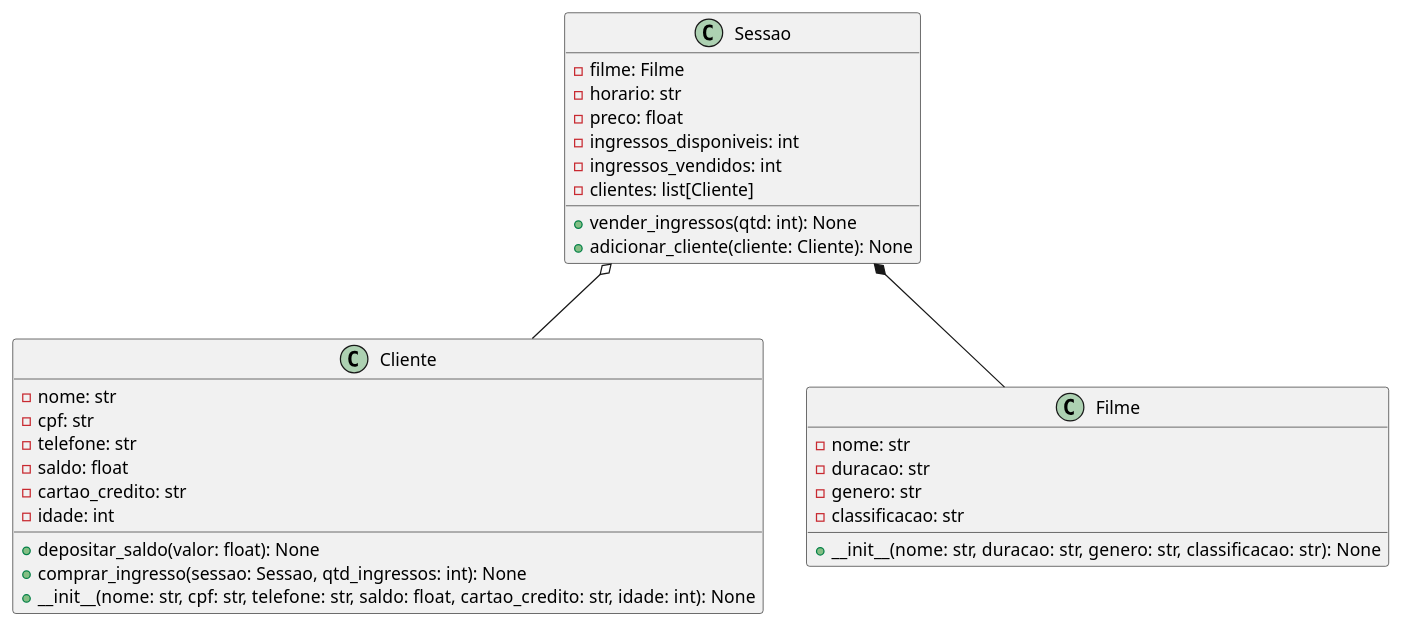
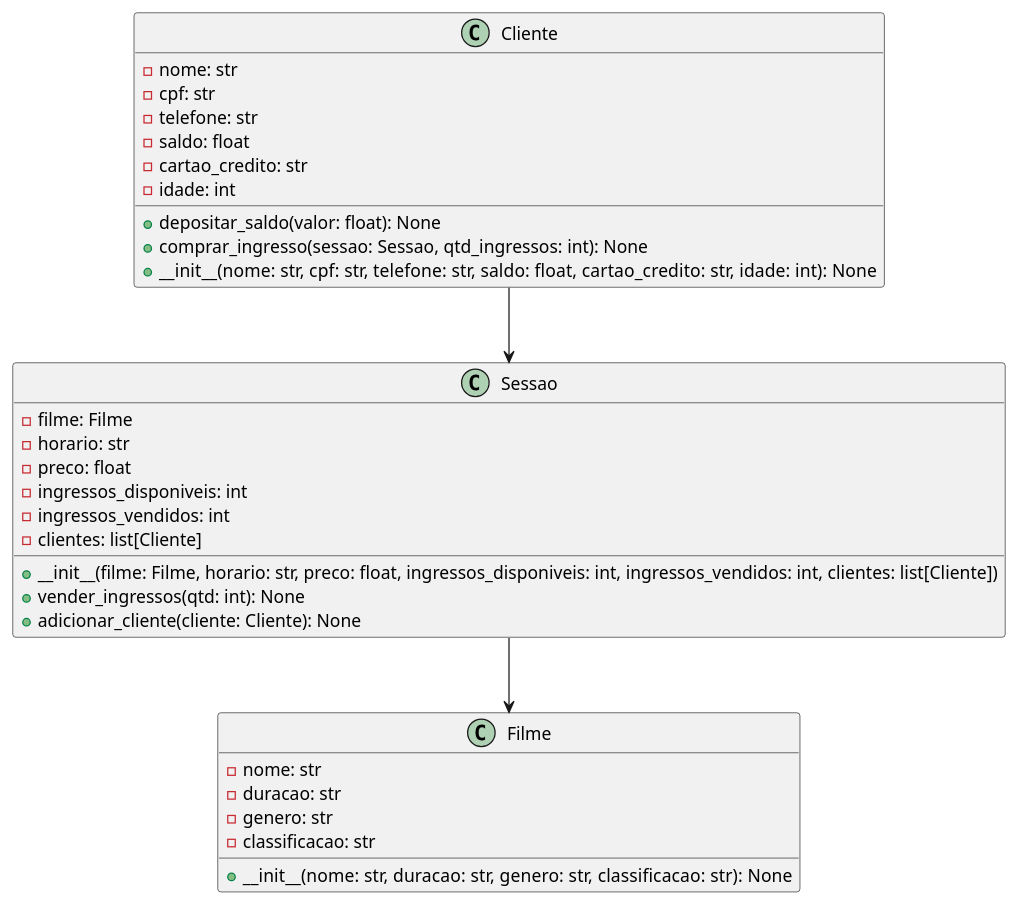
The diagram in Diagramas/teste.plantUML (anleaes/2023-1-N1-POO-06), drawn with PlantUML before and after one commit. The commit also changed 4 other files, not shown here.

Commit message:
Ajuste dos Menus printados e Diagrama PlantUML

```diff
--- a/Diagramas/teste.plantUML
+++ b/Diagramas/teste.plantUML
@@ -1,37 +1,38 @@
 @startuml N123
 
 class Cliente {
     -nome: str
     -cpf: str
     -telefone: str
     -saldo: float
     -cartao_credito: str
     -idade: int
     +depositar_saldo(valor: float): None
     +comprar_ingresso(sessao: Sessao, qtd_ingressos: int): None
     +__init__(nome: str, cpf: str, telefone: str, saldo: float, cartao_credito: str, idade: int): None
 }
 
 class Filme {
     -nome: str
     -duracao: str
     -genero: str
     -classificacao: str
     +__init__(nome: str, duracao: str, genero: str, classificacao: str): None
 }
 
 class Sessao {
     -filme: Filme
     -horario: str
     -preco: float
     -ingressos_disponiveis: int
     -ingressos_vendidos: int
     -clientes: list[Cliente]
+    + __init__(filme: Filme, horario: str, preco: float, ingressos_disponiveis: int, ingressos_vendidos: int, clientes: list[Cliente])
     +vender_ingressos(qtd: int): None
     +adicionar_cliente(cliente: Cliente): None
 }
 
-Sessao *-- Filme
-Sessao o-- Cliente
+Cliente --> Sessao
+Sessao --> Filme
 
 @enduml
```
